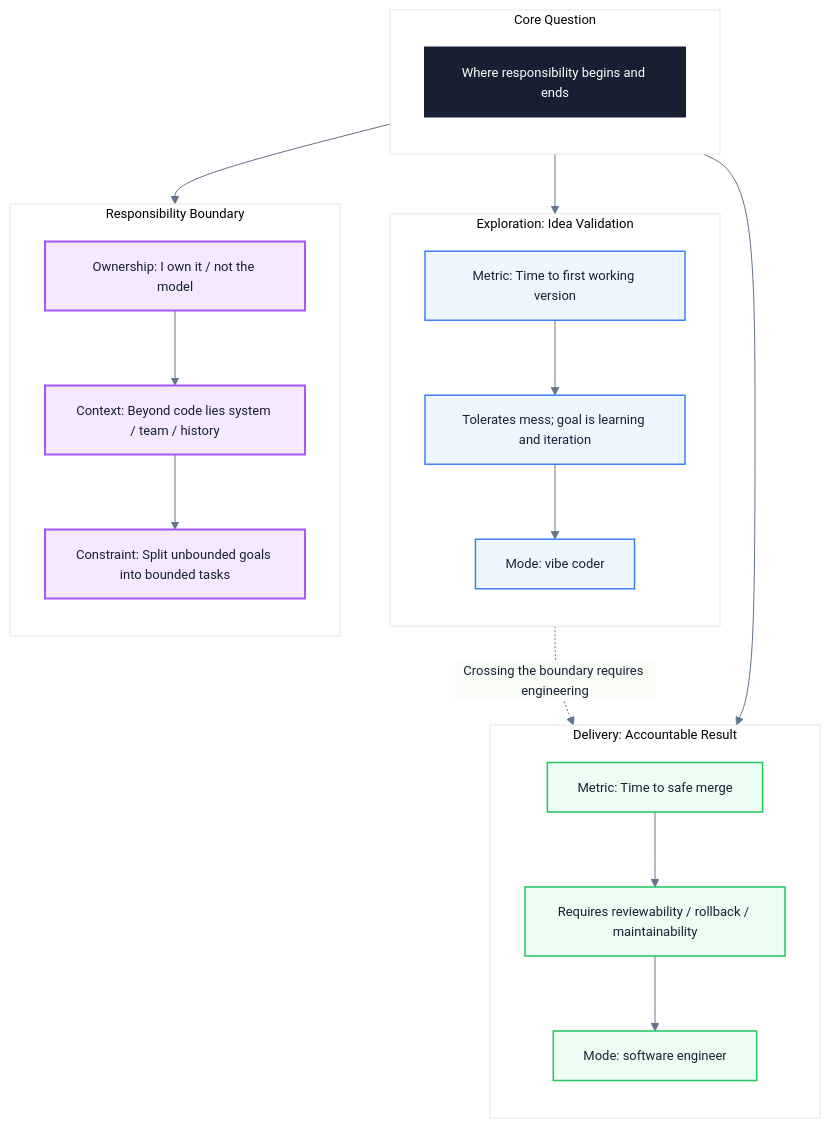
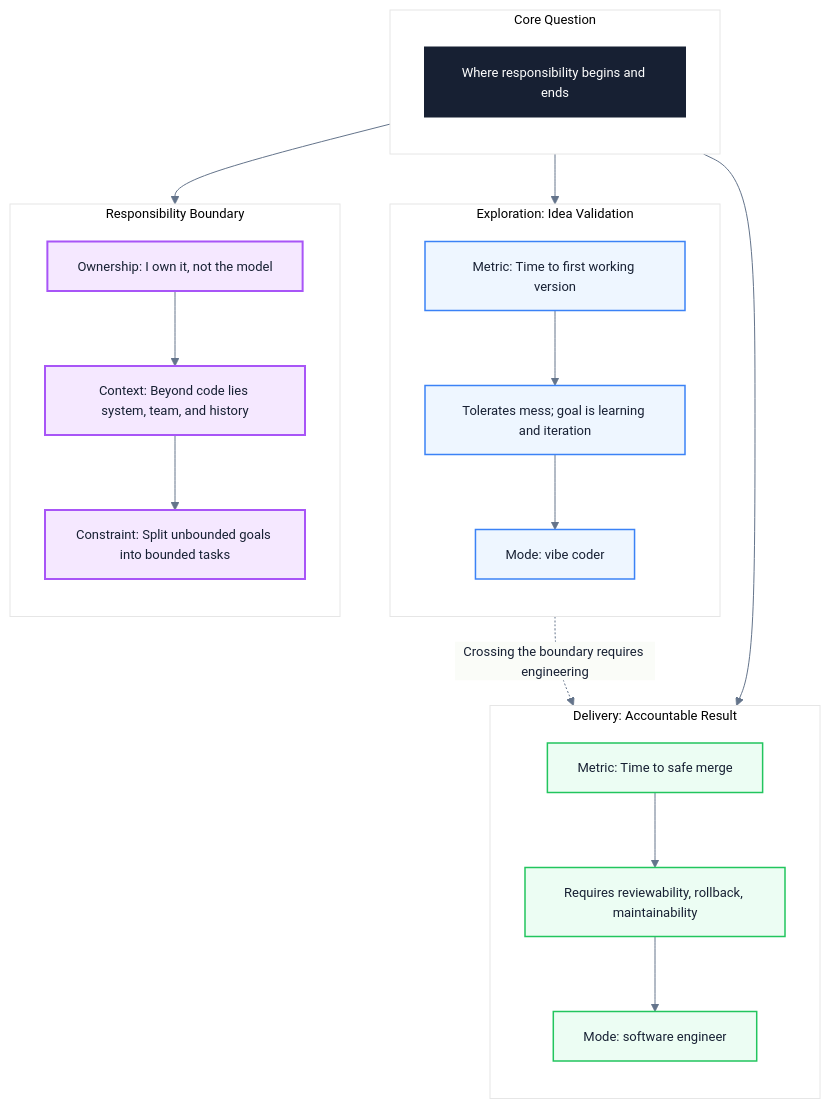
The diagram in docs/en/career/vibe-coder-vs-software-engineer.md (Fatejian/frontier-vault), drawn with Mermaid before and after one commit. The commit also changed other lines of this file and 44 other files, not shown here.

````diff
--- a/docs/en/career/vibe-coder-vs-software-engineer.md
+++ b/docs/en/career/vibe-coder-vs-software-engineer.md
@@ -178,48 +180,48 @@
 ```mermaid
 %%{init: {'theme': 'base', 'themeVariables': { 'fontFamily': 'Inter, PingFang SC, Microsoft YaHei, sans-serif', 'primaryColor': '#F8FAFC', 'primaryTextColor': '#172033', 'primaryBorderColor': '#CBD5E1', 'lineColor': '#64748B', 'fontSize': '13px'}}}%%
 flowchart TB
     subgraph CORE["Core Question"]
         direction TB
         C["Where responsibility begins and ends"]
     end
 
     subgraph EXPLORE["Exploration: Idea Validation"]
         direction TB
         E1["Metric: Time to first working version"]
         E2["Tolerates mess; goal is learning and iteration"]
         E3["Mode: vibe coder"]
     end
 
     subgraph DELIVER["Delivery: Accountable Result"]
         direction TB
         D1["Metric: Time to safe merge"]
-        D2["Requires reviewability / rollback / maintainability"]
+        D2["Requires reviewability, rollback, maintainability"]
         D3["Mode: software engineer"]
     end
 
     subgraph BOUNDARY["Responsibility Boundary"]
         direction TB
-        B1["Ownership: I own it / not the model"]
-        B2["Context: Beyond code lies system / team / history"]
+        B1["Ownership: I own it, not the model"]
+        B2["Context: Beyond code lies system, team, and history"]
         B3["Constraint: Split unbounded goals into bounded tasks"]
     end
 
     C --> E1
     C --> D1
     C --> B1
     E1 --> E2 --> E3
     D1 --> D2 --> D3
     B1 --> B2 --> B3
     E3 -.->|"Crossing the boundary requires engineering"| D3
 
     classDef core fill:#172033,color:#fff,stroke:#172033,stroke-width:2px
     classDef wait fill:#EEF6FF,stroke:#3B82F6,color:#172033,stroke-width:1.5px
     classDef block fill:#FFF7E6,stroke:#F59E0B,color:#172033,stroke-width:1.5px
     classDef work fill:#ECFDF3,stroke:#22C55E,color:#172033,stroke-width:1.5px
     classDef metric fill:#F5E8FF,stroke:#A855F7,color:#172033,stroke-width:2px
 
     class C core
     class E1,E2,E3 wait
     class D1,D2,D3 work
     class B1,B2,B3 metric
 ```
````
